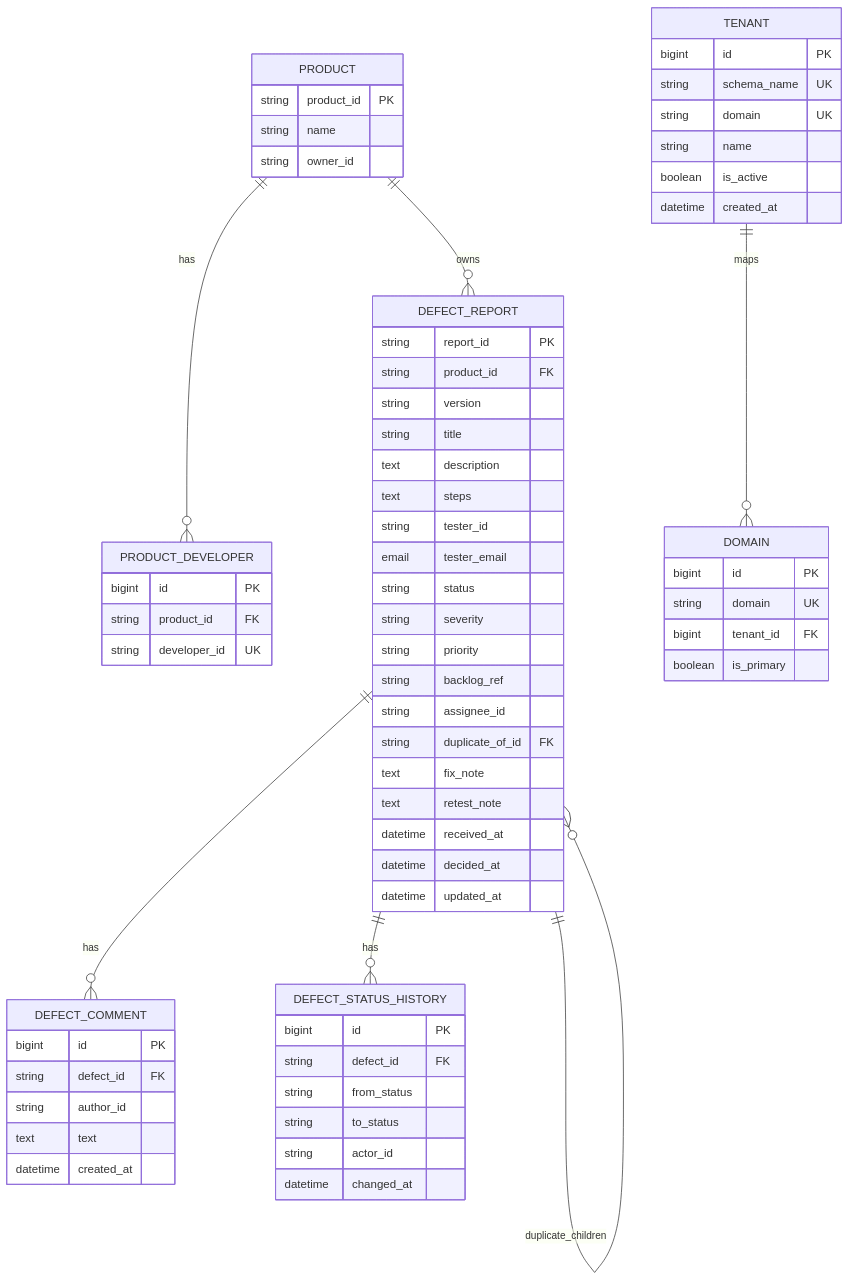
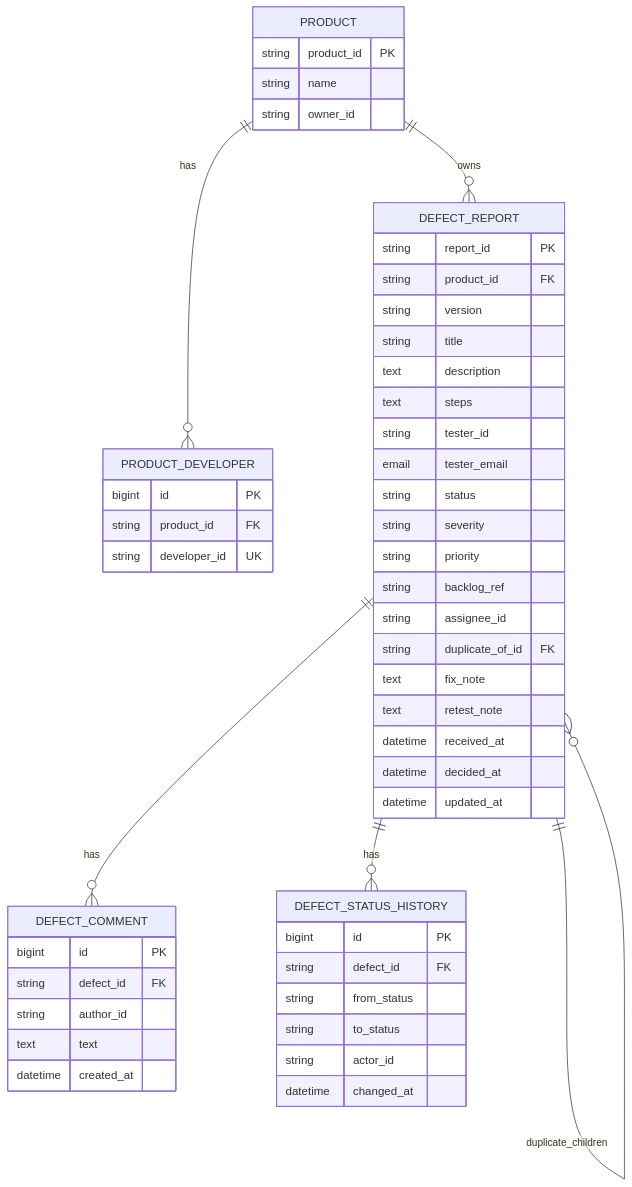
The second of 9 diagrams in documents/system-architecture.md (BYLinMou/COMP3297-GroupH), drawn with Mermaid before and after one commit. The commit also changed other lines of this file and 27 other files, not shown here.

````diff
--- a/documents/system-architecture.md
+++ b/documents/system-architecture.md
@@ -214,76 +240,60 @@
 ```mermaid
 erDiagram
     PRODUCT ||--o{ PRODUCT_DEVELOPER : has
     PRODUCT ||--o{ DEFECT_REPORT : owns
     DEFECT_REPORT ||--o{ DEFECT_COMMENT : has
     DEFECT_REPORT ||--o{ DEFECT_STATUS_HISTORY : has
     DEFECT_REPORT ||--o{ DEFECT_REPORT : duplicate_children
-    TENANT ||--o{ DOMAIN : maps
 
     PRODUCT {
         string product_id PK
         string name
         string owner_id
     }
 
     PRODUCT_DEVELOPER {
         bigint id PK
         string product_id FK
         string developer_id UK
     }
 
     DEFECT_REPORT {
         string report_id PK
         string product_id FK
         string version
         string title
         text description
         text steps
         string tester_id
         email tester_email
         string status
         string severity
         string priority
         string backlog_ref
         string assignee_id
         string duplicate_of_id FK
         text fix_note
         text retest_note
         datetime received_at
         datetime decided_at
         datetime updated_at
     }
 
     DEFECT_COMMENT {
         bigint id PK
         string defect_id FK
         string author_id
         text text
         datetime created_at
     }
 
     DEFECT_STATUS_HISTORY {
         bigint id PK
         string defect_id FK
         string from_status
         string to_status
         string actor_id
         datetime changed_at
     }
 
-    TENANT {
-        bigint id PK
-        string schema_name UK
-        string domain UK
-        string name
-        boolean is_active
-        datetime created_at
-    }
-
-    DOMAIN {
-        bigint id PK
-        string domain UK
-        bigint tenant_id FK
-        boolean is_primary
-    }
 ```
````
